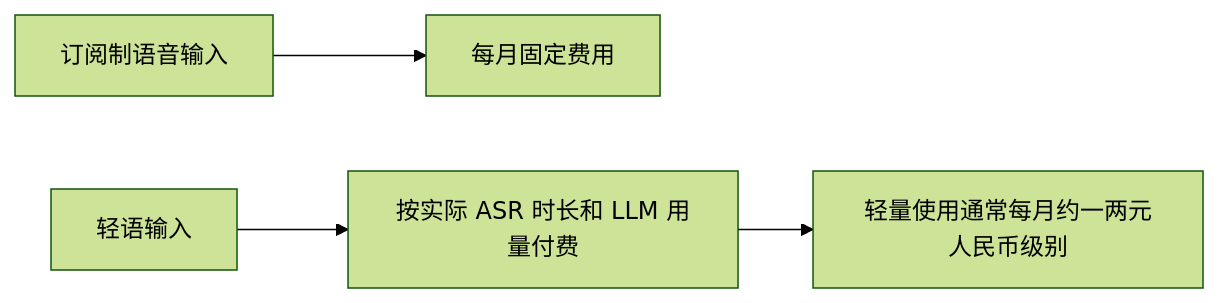
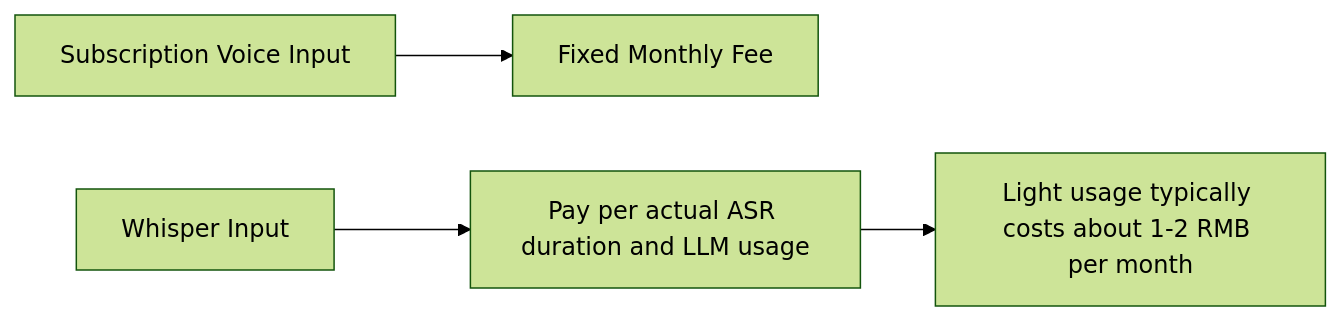
Before and after one commit to lubiny0601-spec/whisper-input: the fifth of 5 diagrams in README.md, drawn with Mermaid (forest theme). The commit also changed other lines of this file and 1 other file, not shown here.

````diff
--- a/README.md
+++ b/README.md
@@ -237,6 +243,6 @@
 ```mermaid
 flowchart LR
-  A["订阅制语音输入"] --> B["每月固定费用"]
-  C["轻语输入"] --> D["按实际 ASR 时长和 LLM 用量付费"]
-  D --> E["轻量使用通常每月约一两元人民币级别"]
+  A["Subscription Voice Input"] --> B["Fixed Monthly Fee"]
+  C["Whisper Input"] --> D["Pay per actual ASR duration and LLM usage"]
+  D --> E["Light usage typically costs about 1-2 RMB per month"]
 ```
````
